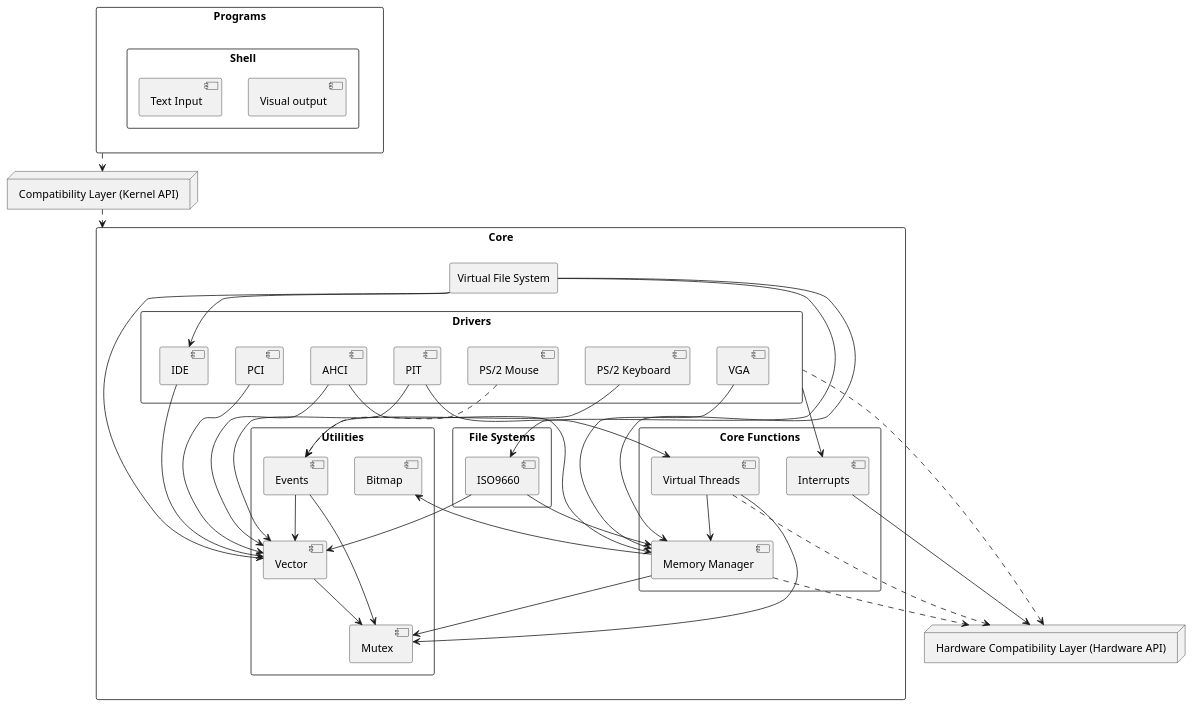
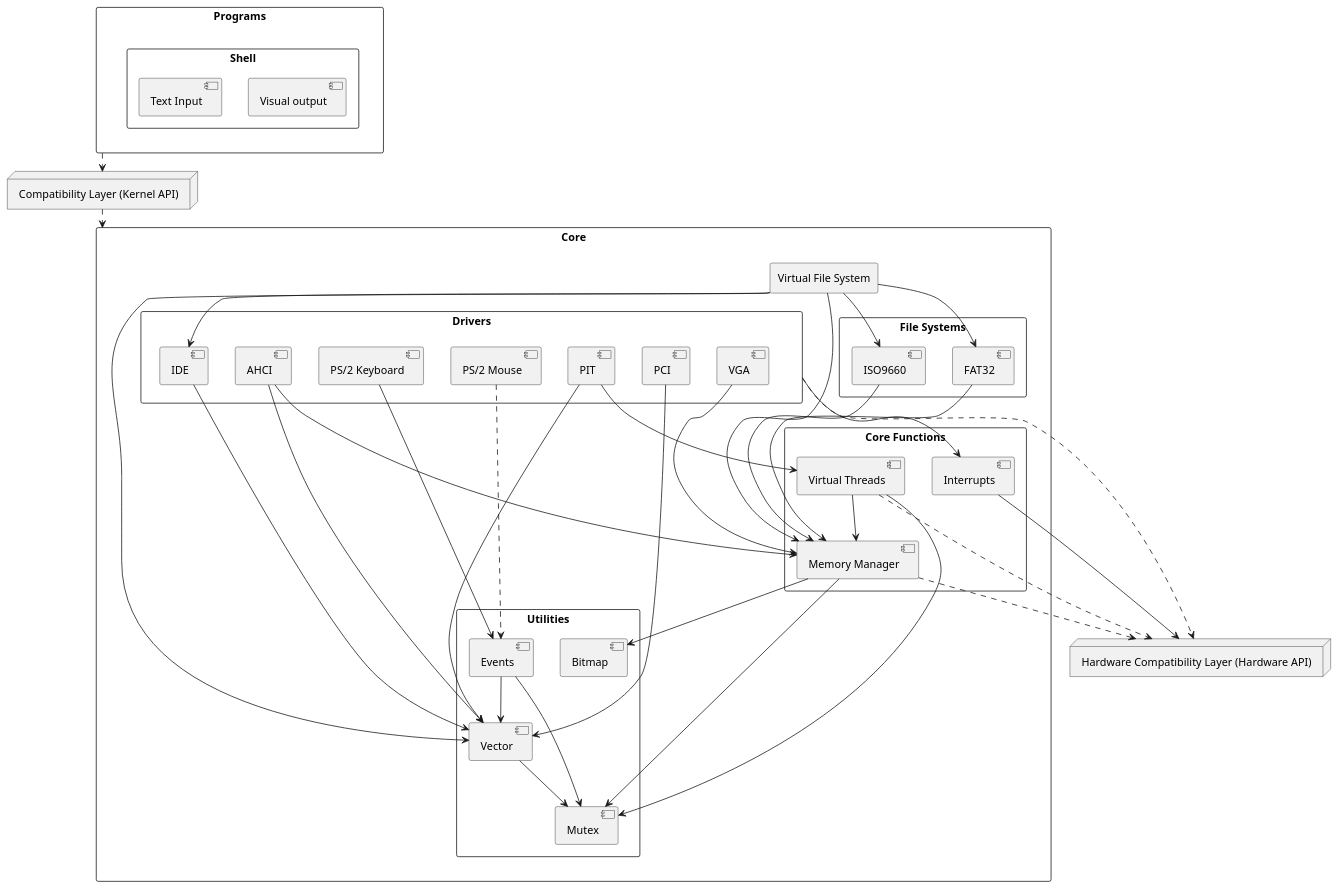
Before and after one commit to cactoes/virtual_reflections_os: the diagram in docs/diagram.puml, drawn with PlantUML. The commit also changed 1 other file, not shown here.

Commit message:
updated diagram

```diff
--- a/docs/diagram.puml
+++ b/docs/diagram.puml
@@ -1,86 +1,88 @@
 @startuml kernel diagram
 
 node "Hardware Compatibility Layer (Hardware API)" as HWCL {
 }
 
 rectangle "Core" {
     rectangle "Drivers" {
         [PCI]
         [PIT]
         [VGA]
         [PS/2 Keyboard]
         [PS/2 Mouse]
         [AHCI]
         [IDE]
     }
 
     rectangle "Core Functions" {
         [Virtual Threads]
         [Memory Manager]
         [Interrupts]
     }
 
     rectangle "Utilities" {
         [Vector]
         [Mutex]
         [Events]
         [Bitmap]
     }
 
     rectangle "Virtual File System" {
 
     }
 
     rectangle "File Systems" {
         [ISO9660]
+        [FAT32]
     }
 }
 
 [Virtual Threads] --> [Mutex]
 [Virtual Threads] --> [Memory Manager]
 
 [Memory Manager] --> [Bitmap]
 [Memory Manager] --> [Mutex]
 
 [Drivers] --> [Interrupts]
 [PCI] --> [Vector]
 [PIT] --> [Vector]
 [PIT] --> [Virtual Threads]
 [VGA] --> [Memory Manager]
 [PS/2 Keyboard] --> [Events]
 [PS/2 Mouse] ..> [Events]
 [AHCI] --> [Memory Manager]
 [AHCI] --> [Vector]
 [IDE] --> [Vector]
 
 [Events] --> [Mutex]
 [Events] --> [Vector]
 [Vector] --> [Mutex]
 
 "Virtual File System" --> [Vector]
 "Virtual File System" --> [ISO9660]
+"Virtual File System" --> [FAT32]
 "Virtual File System" --> [IDE]
 "Virtual File System" --> [Memory Manager]
 
-[ISO9660] --> [Vector]
 [ISO9660] --> [Memory Manager]
+[FAT32] --> [Memory Manager]
 
 rectangle "Programs" {
     rectangle "Shell" {
         [Visual output]
         [Text Input]
     }
 }
 
 node "Compatibility Layer (Kernel API)" as CL {
 }
 
 Programs ..> CL
 CL ..> Core
 
 [Interrupts] --> HWCL
 Drivers ..> HWCL
 [Memory Manager] ..> HWCL
 [Virtual Threads] ..> HWCL
 
 @enduml
```
